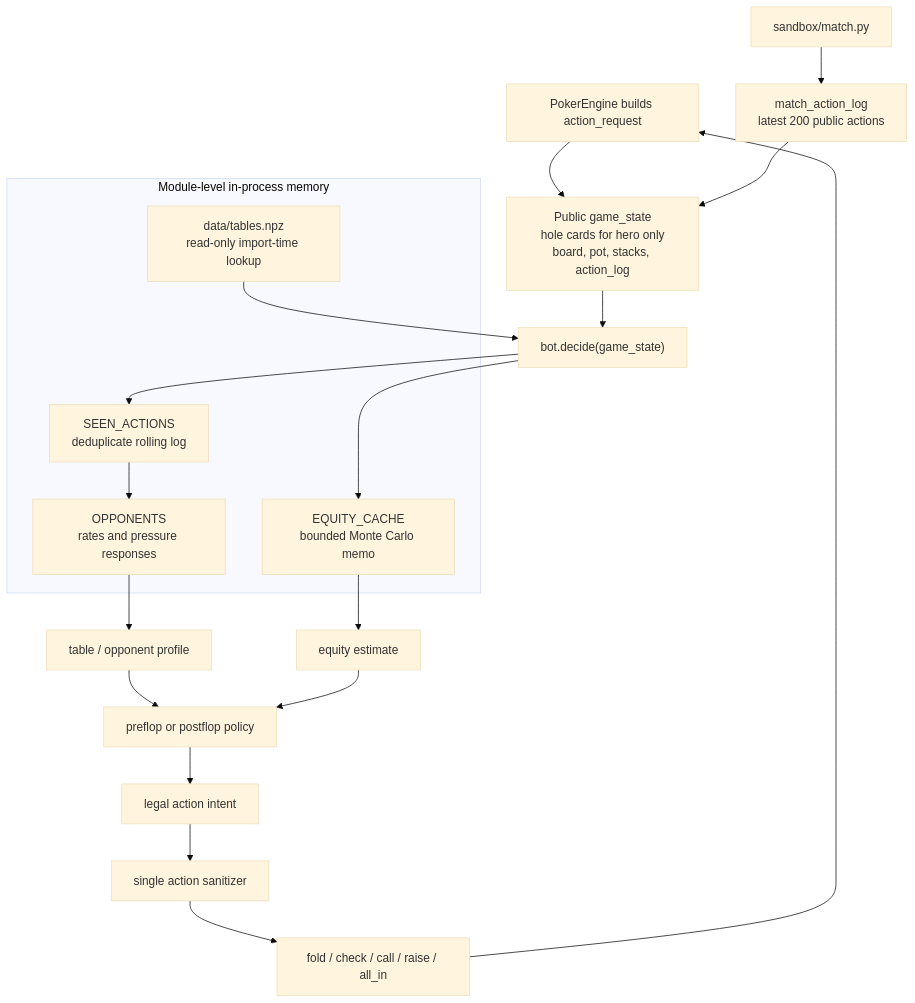
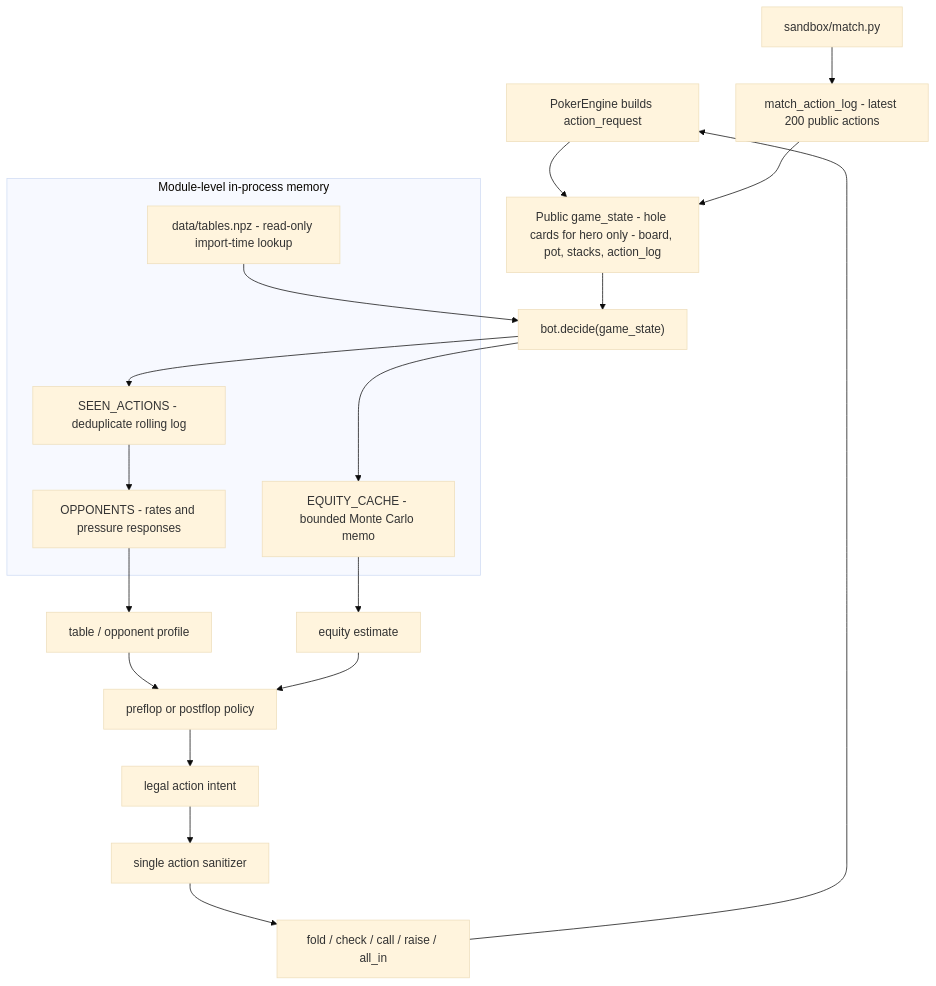
One commit to kosunghun317/fullhouse-engine changed the first of 2 diagrams in docs/bot-state-and-memory.md. Above: the diagram before and after it, drawn with Mermaid (base theme). The commit also changed other lines of this file and 13 other files, not shown here.

Commit message:
docs: normalize mermaid diagrams

````diff
--- a/docs/bot-state-and-memory.md
+++ b/docs/bot-state-and-memory.md
@@ -86,27 +86,27 @@
 ```mermaid
 graph TD
-    Engine["PokerEngine builds action_request"] --> PublicState["Public game_state\nhole cards for hero only\nboard, pot, stacks, action_log"]
-    Match["sandbox/match.py"] --> RollingLog["match_action_log\nlatest 200 public actions"]
+    Engine["PokerEngine builds action_request"] --> PublicState["Public game_state - hole cards for hero only - board, pot, stacks, action_log"]
+    Match["sandbox/match.py"] --> RollingLog["match_action_log - latest 200 public actions"]
     RollingLog --> PublicState
     PublicState --> Decide["bot.decide(game_state)"]
 
     subgraph BotMemory["Module-level in-process memory"]
-        Opp["OPPONENTS\nrates and pressure responses"]
-        Seen["SEEN_ACTIONS\ndeduplicate rolling log"]
-        Cache["EQUITY_CACHE\nbounded Monte Carlo memo"]
-        Tables["data/tables.npz\nread-only import-time lookup"]
+        Opp["OPPONENTS - rates and pressure responses"]
+        Seen["SEEN_ACTIONS - deduplicate rolling log"]
+        Cache["EQUITY_CACHE - bounded Monte Carlo memo"]
+        Tables["data/tables.npz - read-only import-time lookup"]
     end
 
     Decide --> Seen
     Seen --> Opp
     Decide --> Cache
     Tables --> Decide
     Opp --> Profile["table / opponent profile"]
     Cache --> Equity["equity estimate"]
     Profile --> Policy["preflop or postflop policy"]
     Equity --> Policy
     Policy --> Action["legal action intent"]
     Action --> Sanitizer["single action sanitizer"]
     Sanitizer --> EngineAction["fold / check / call / raise / all_in"]
     EngineAction --> Engine
 ```
````
